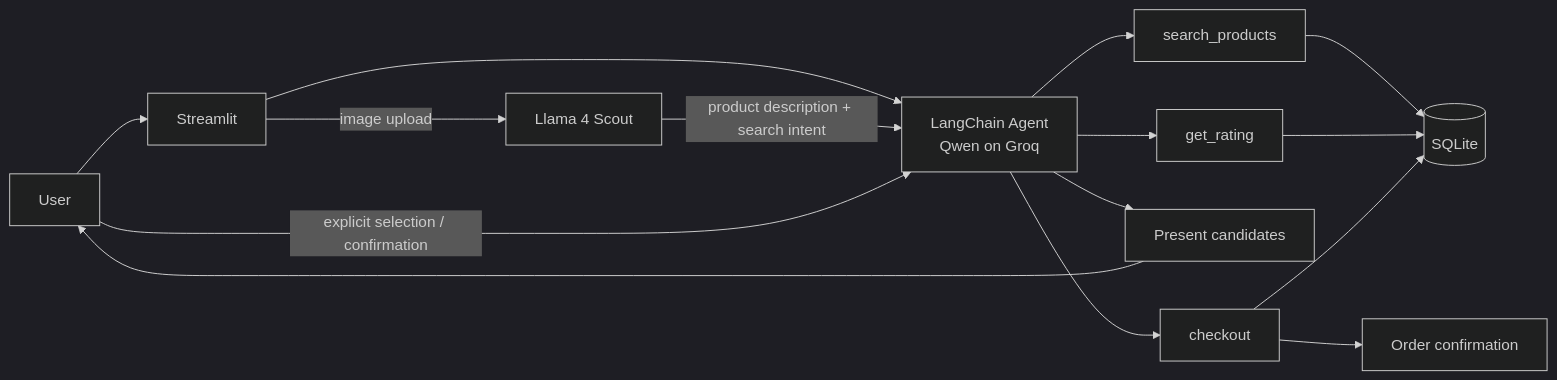
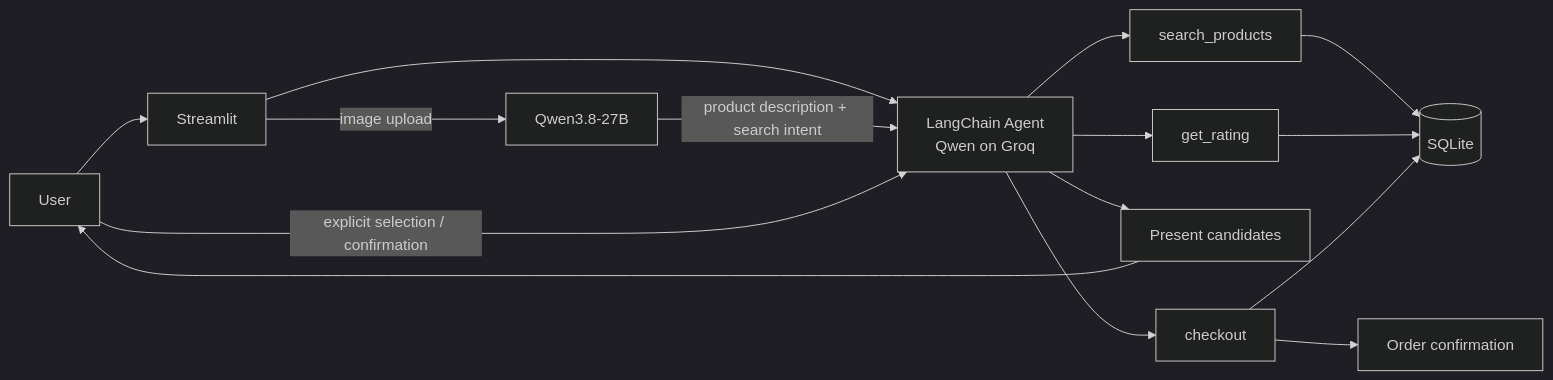
The diagram in ARCHITECTURE.md (chaitanya4595-afk/ai-shopping-agent), drawn with Mermaid (dark theme) before and after one commit. The commit also changed 5 other files, not shown here.

````diff
--- a/ARCHITECTURE.md
+++ b/ARCHITECTURE.md
@@ -9,20 +9,20 @@
 ```mermaid
 flowchart LR
     U[User] --> UI[Streamlit]
     UI --> A[LangChain Agent\nQwen on Groq]
 
-    UI -->|image upload| V[Llama 4 Scout]
+    UI -->|image upload| V[Qwen3.8-27B]
     V -->|product description + search intent| A
 
     A --> S[search_products]
     A --> R[get_rating]
     S --> DB[(SQLite)]
     R --> DB
 
     A --> P[Present candidates]
     P --> U
     U -->|explicit selection / confirmation| A
     A --> O[checkout]
     O --> DB
     O --> C[Order confirmation]
 ```
````
